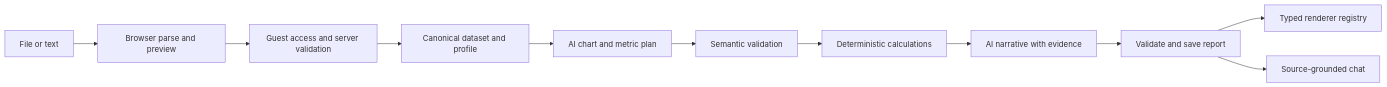
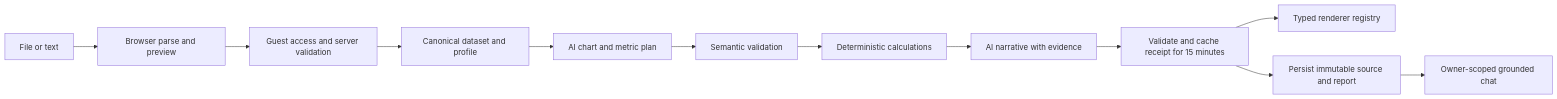
Before and after one commit to bizhello/datatale: the diagram in docs/ARCHITECTURE.md, drawn with Mermaid. The commit also changed other lines of this file and 135 other files, not shown here.

First line of the commit message:
feat: complete AI dashboard and grounded chat MVP (#12)

````diff
--- a/docs/ARCHITECTURE.md
+++ b/docs/ARCHITECTURE.md
@@ -64,13 +64,14 @@
 ```mermaid
 flowchart LR
   Input[File or text] --> Parse[Browser parse and preview]
   Parse --> API[Guest access and server validation]
   API --> Profile[Canonical dataset and profile]
   Profile --> Plan[AI chart and metric plan]
   Plan --> Check[Semantic validation]
   Check --> Facts[Deterministic calculations]
   Facts --> Story[AI narrative with evidence]
-  Story --> Save[Validate and save report]
-  Save --> UI[Typed renderer registry]
-  Save --> Chat[Source-grounded chat]
+  Story --> Receipt[Validate and cache receipt for 15 minutes]
+  Receipt --> UI[Typed renderer registry]
+  Receipt --> Save[Persist immutable source and report]
+  Save --> Chat[Owner-scoped grounded chat]
 ```
````
